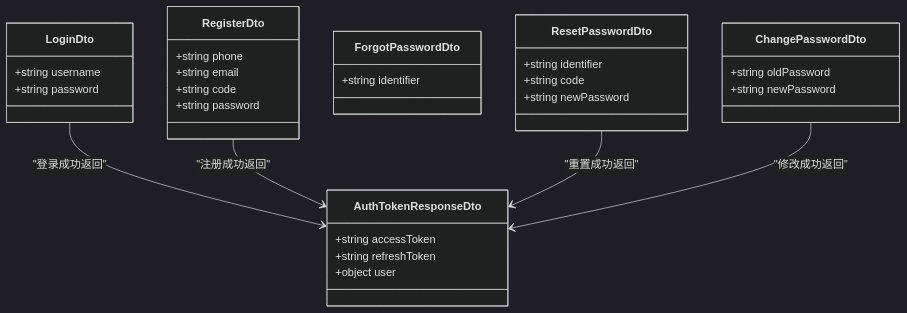
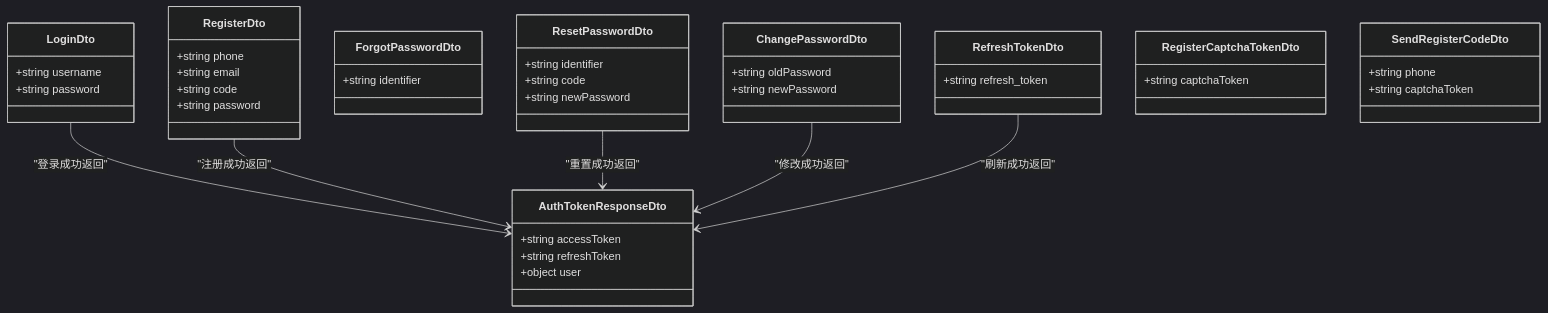
One commit to rc558620/purelyprofit-server changed the tenth of 12 diagrams in .qoder/repowiki/zh/content/认证授权系统/JWT 认证机制.md. Above: the diagram before and after it, drawn with Mermaid (dark theme). The commit also changed other lines of this file and 55 other files, not shown here.

````diff
--- a/.qoder/repowiki/zh/content/认证授权系统/JWT 认证机制.md
+++ b/.qoder/repowiki/zh/content/认证授权系统/JWT 认证机制.md
@@ -353,34 +444,45 @@
 ```mermaid
 classDiagram
 class LoginDto {
 +string username
 +string password
 }
 class RegisterDto {
 +string phone
 +string email
 +string code
 +string password
 }
 class ForgotPasswordDto {
 +string identifier
 }
 class ResetPasswordDto {
 +string identifier
 +string code
 +string newPassword
 }
 class ChangePasswordDto {
 +string oldPassword
 +string newPassword
 }
+class RefreshTokenDto {
++string refresh_token
+}
+class RegisterCaptchaTokenDto {
++string captchaToken
+}
+class SendRegisterCodeDto {
++string phone
++string captchaToken
+}
 class AuthTokenResponseDto {
 +string accessToken
 +string refreshToken
 +object user
 }
 LoginDto --> AuthTokenResponseDto : "登录成功返回"
 RegisterDto --> AuthTokenResponseDto : "注册成功返回"
 ResetPasswordDto --> AuthTokenResponseDto : "重置成功返回"
 ChangePasswordDto --> AuthTokenResponseDto : "修改成功返回"
+RefreshTokenDto --> AuthTokenResponseDto : "刷新成功返回"
 ```
````
